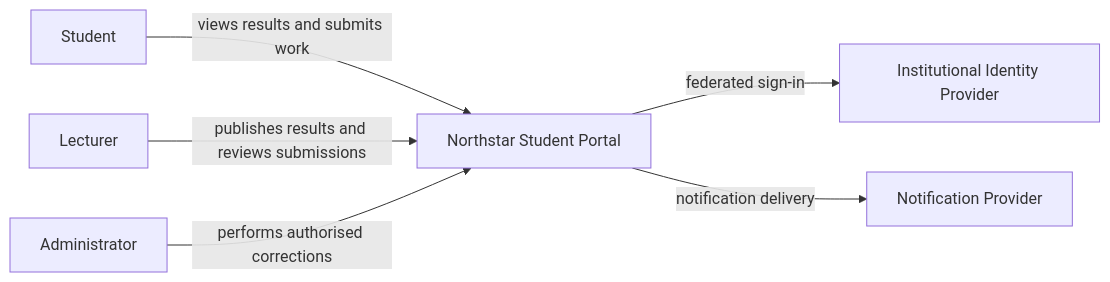
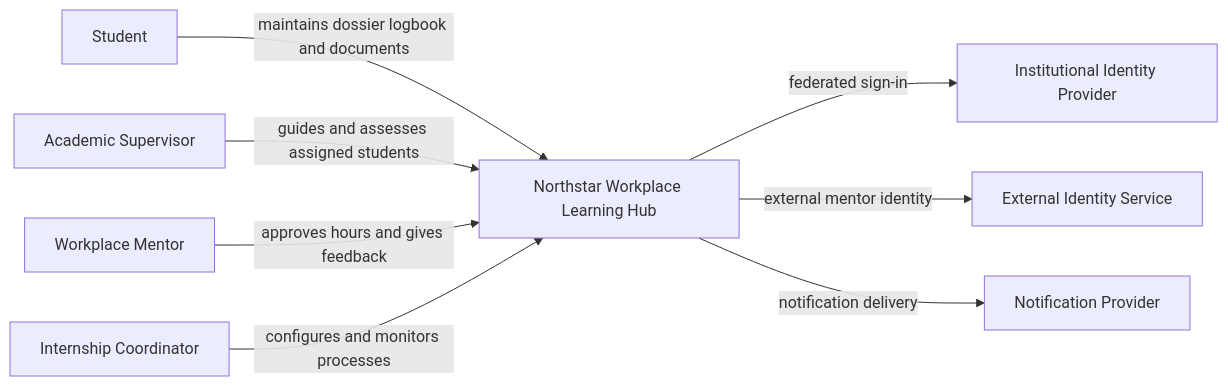
The first of 2 diagrams in hands-on/solutions/07-create-views-and-an-adr-solution.md (dhoubrechts/architectures_intro), drawn with Mermaid before and after one commit. The commit also changed other lines of this file and 43 other files, not shown here.

````diff
--- a/hands-on/solutions/07-create-views-and-an-adr-solution.md
+++ b/hands-on/solutions/07-create-views-and-an-adr-solution.md
@@ -13,8 +13,10 @@
 ```mermaid
 flowchart LR
-    Student[Student] -->|views results and submits work| Portal[Northstar Student Portal]
-    Lecturer[Lecturer] -->|publishes results and reviews submissions| Portal
-    Admin[Administrator] -->|performs authorised corrections| Portal
-    Portal -->|federated sign-in| IdP[Institutional Identity Provider]
-    Portal -->|notification delivery| Notify[Notification Provider]
+    Student[Student] -->|maintains dossier logbook and documents| Hub[Northstar Workplace Learning Hub]
+    Academic[Academic Supervisor] -->|guides and assesses assigned students| Hub
+    Mentor[Workplace Mentor] -->|approves hours and gives feedback| Hub
+    Coordinator[Internship Coordinator] -->|configures and monitors processes| Hub
+    Hub -->|federated sign-in| IdP[Institutional Identity Provider]
+    Hub -->|external mentor identity| ExternalId[External Identity Service]
+    Hub -->|notification delivery| Notify[Notification Provider]
 ```
````
